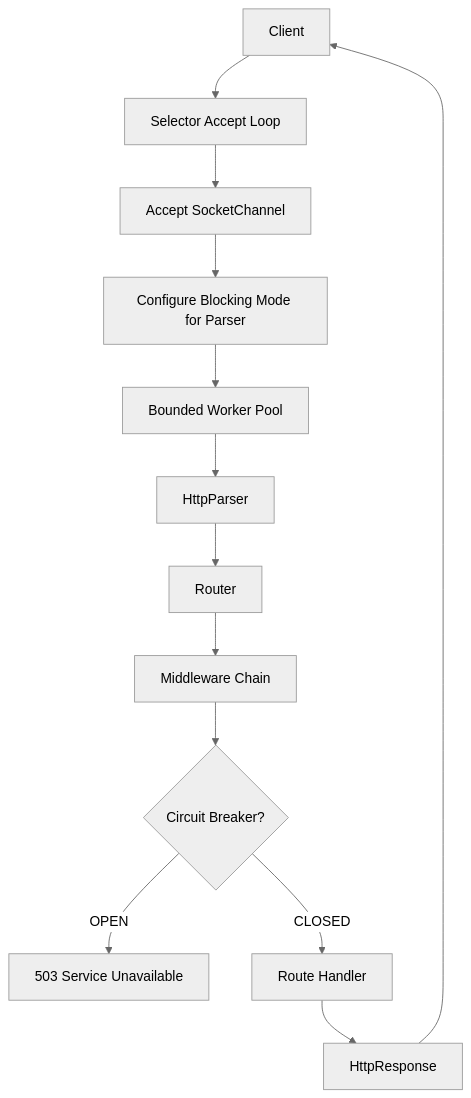
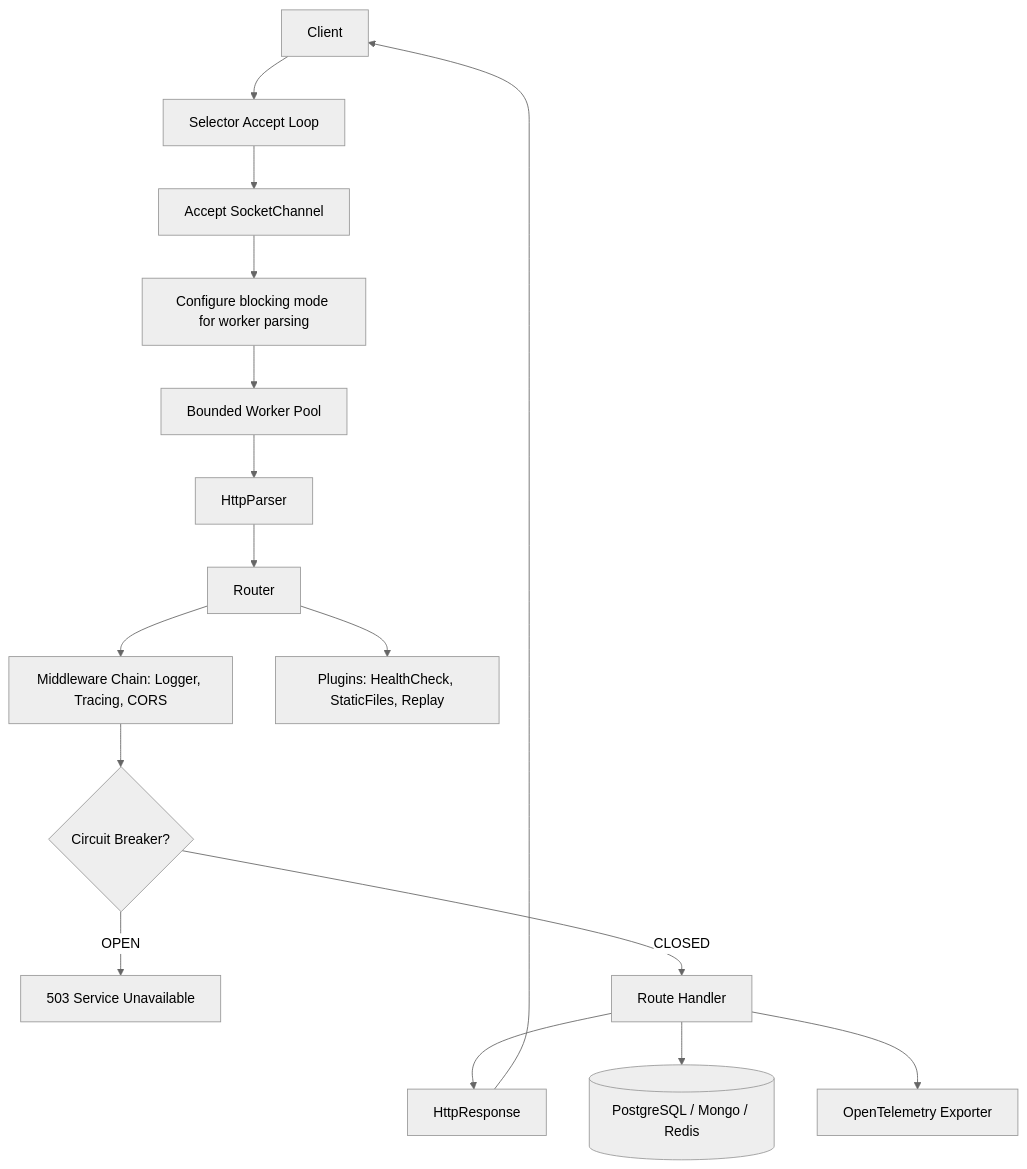
The first of 2 diagrams in README.md (jhanvi857/coreHTTP), drawn with Mermaid (neutral theme) before and after one commit. The commit also changed other lines of this file, not shown here.

````diff
--- a/README.md
+++ b/README.md
@@ -50,15 +335,19 @@
 ```mermaid
 graph TD
     C[Client] --> SEL[Selector Accept Loop]
     SEL --> ACC[Accept SocketChannel]
-    ACC --> BLK[Configure Blocking Mode for Parser]
+    ACC --> BLK[Configure blocking mode for worker parsing]
     BLK --> WP[Bounded Worker Pool]
     WP --> HP[HttpParser]
     HP --> RT[Router]
-    RT --> MW[Middleware Chain]
+    RT --> MW[Middleware Chain: Logger, Tracing, CORS]
     MW --> CB{Circuit Breaker?}
     CB -- OPEN --> 503[503 Service Unavailable]
     CB -- CLOSED --> H[Route Handler]
     H --> RESP[HttpResponse]
     RESP --> C
+
+    H --> DB[(PostgreSQL / Mongo / Redis)]
+    H --> OT[OpenTelemetry Exporter]
+    RT --> PLG[Plugins: HealthCheck, StaticFiles, Replay]
 ```
````
